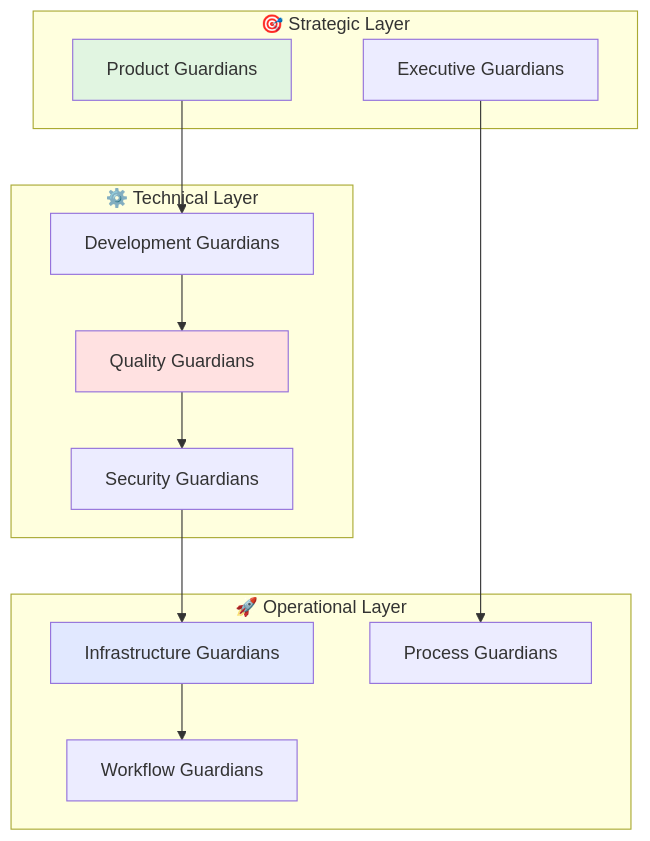
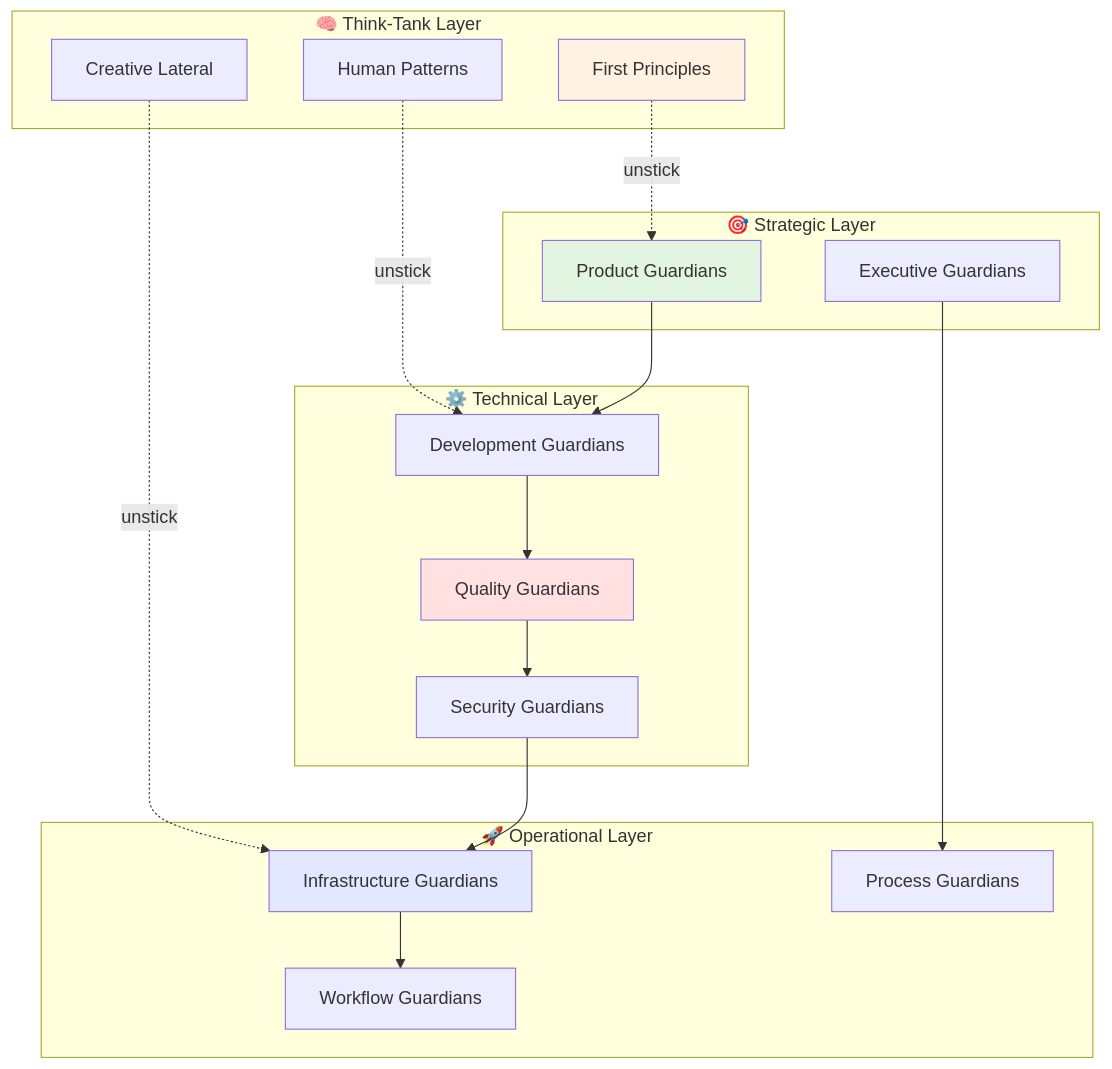
The first of 2 diagrams in README.md (kairin/claude-guardian-agents), drawn with Mermaid before and after one commit. The commit also changed other lines of this file and 5 other files, not shown here.

First line of the commit message:
Add Think-Tank Guardian Agents for parallel reasoning and unsticking

````diff
--- a/README.md
+++ b/README.md
@@ -11,30 +11,41 @@
 ```mermaid
 graph TB
+    subgraph "🧠 Think-Tank Layer"
+        T1[First Principles]
+        T2[Human Patterns]
+        T3[Creative Lateral]
+    end
+    
     subgraph "🎯 Strategic Layer"
         A1[Product Guardians]
         A2[Executive Guardians]
     end
     
     subgraph "⚙️ Technical Layer" 
         B1[Development Guardians]
         B2[Quality Guardians]
         B3[Security Guardians]
     end
     
     subgraph "🚀 Operational Layer"
         C1[Infrastructure Guardians]
         C2[Process Guardians] 
         C3[Workflow Guardians]
     end
     
+    T1 -.->|unstick| A1
+    T2 -.->|unstick| B1
+    T3 -.->|unstick| C1
+    
     A1 --> B1
     A2 --> C2
     B1 --> B2
     B2 --> B3
     B3 --> C1
     C1 --> C3
     
+    style T1 fill:#fff2e1
     style A1 fill:#e1f5e1
     style B2 fill:#ffe1e1
     style C1 fill:#e1e8ff
 ```
````
